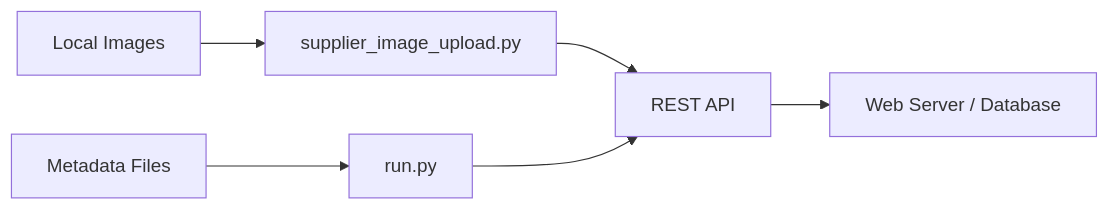
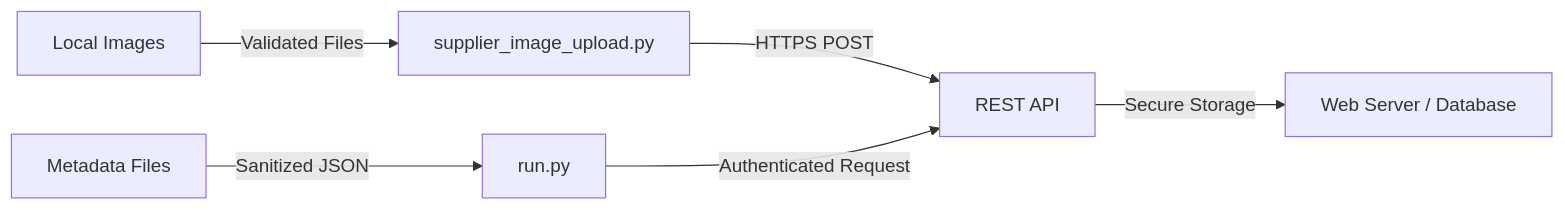
One commit to Jedidiah82/Analytics-GIS-GeoAI-Portfolio changed the diagram in 6_Automation_Reliability/Secure_File_Upload/README.md. Above: the diagram before and after it, drawn with Mermaid. The commit also changed 2 other files, not shown here.

Commit message:
Update Mermaid and README

````diff
--- a/6_Automation_Reliability/Secure_File_Upload/README.md
+++ b/6_Automation_Reliability/Secure_File_Upload/README.md
@@ -40,8 +40,8 @@
 ```mermaid
 flowchart LR
-    A[Local Images] --> B[supplier_image_upload.py]
-    B --> C[REST API]
-    D[Metadata Files] --> E[run.py]
-    E --> C
-    C --> F[Web Server / Database]
+    A[Local Images] -->|Validated Files| B[supplier_image_upload.py]
+    B -->|HTTPS POST| C[REST API]
+    D[Metadata Files] -->|Sanitized JSON| E[run.py]
+    E -->|Authenticated Request| C
+    C -->|Secure Storage| F[Web Server / Database]
 ```
````
